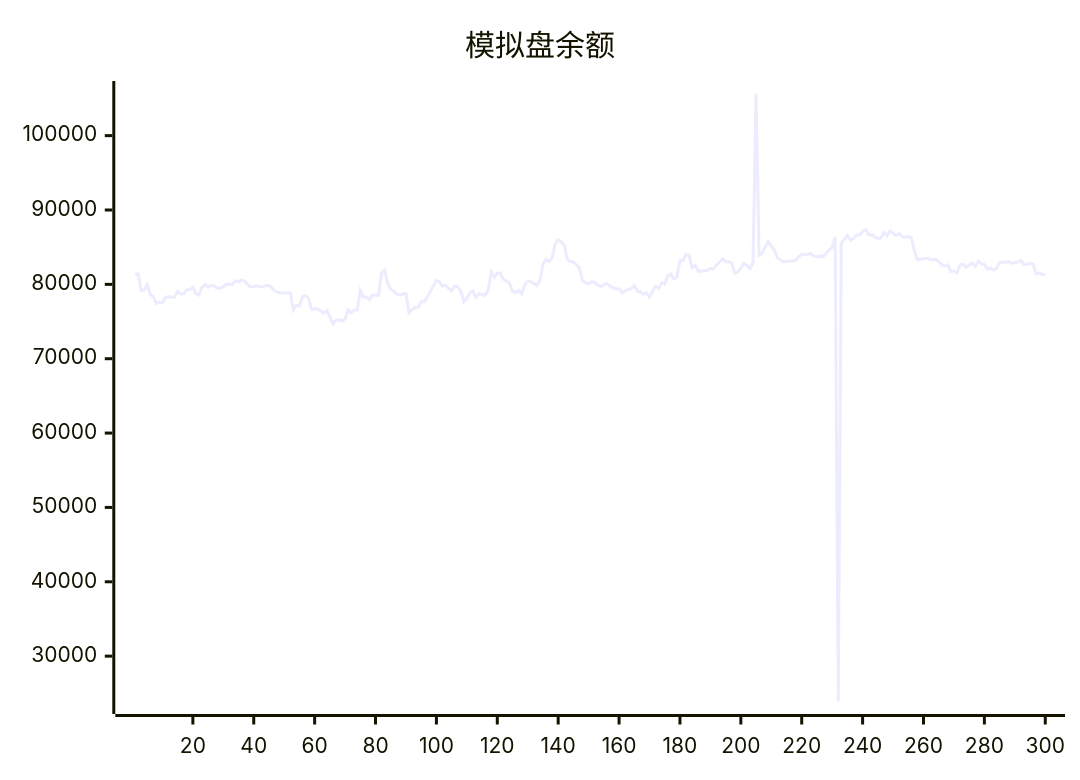
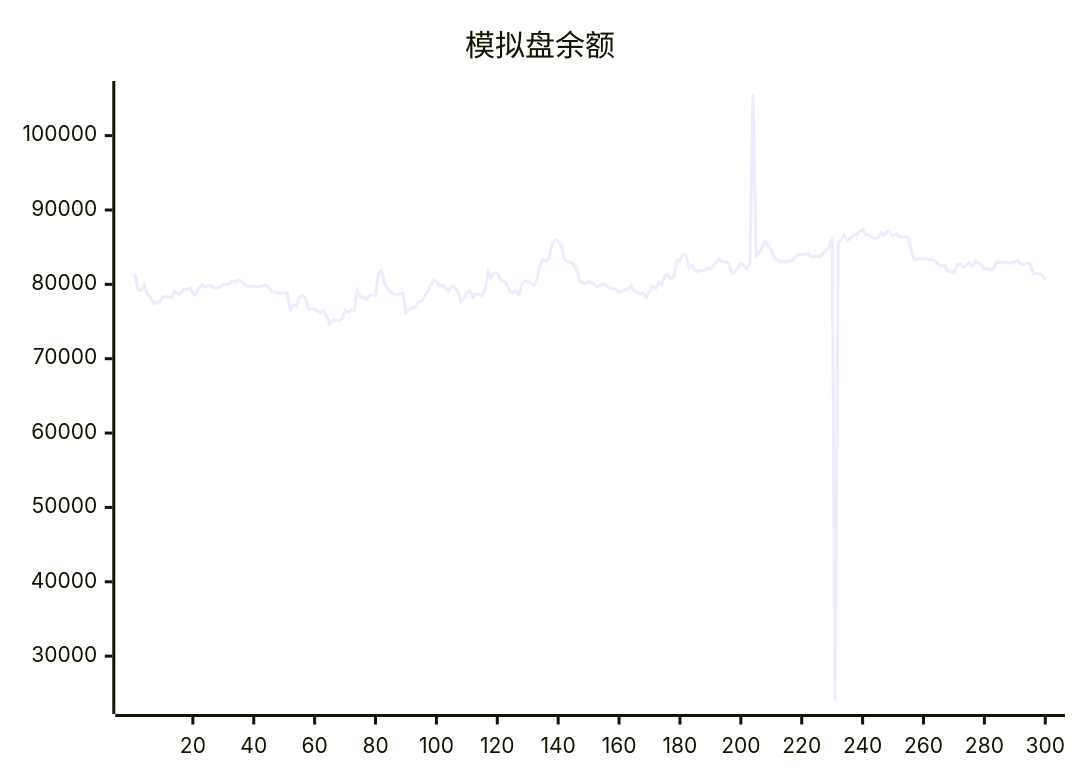
Before and after one commit to aahl/ai-trading: the diagram in README.md, drawn with Mermaid. The commit also changed other lines of this file and 1 other file, not shown here.

````diff
--- a/README.md
+++ b/README.md
@@ -5,5 +5,5 @@
 ```mermaid
 xychart
     title "模拟盘余额"
-    line [81290,81429,79212,79222,79940,78643,78380,77432,77623,77504,78235,78358,78284,78277,79048,78714,78714,79290,79308,79567,78763,78563,79603,79988,79652,79813,79813,79476,79469,79673,79995,80015,80015,80486,80314,80600,80436,79966,79689,79689,79819,79692,79692,79850,79850,79518,79071,78889,78850,78850,78878,78878,76554,77202,77103,78357,78510,78106,76678,76677,76672,76411,76159,76485,75656,74695,75197,75246,75052,75334,76564,76179,76553,76551,79196,78300,78300,77944,78531,78531,78521,81564,81884,80160,79335,79055,78675,78580,78708,78764,76179,76586,76902,76876,77658,77669,78346,79023,79769,80497,80366,79761,79896,79448,79126,79749,79658,79097,77695,78114,78888,79126,78249,78738,78653,78478,79271,81680,80923,81488,81527,80681,80455,80190,79084,78879,79193,78686,79954,80403,80374,80118,79848,80491,82665,83351,83098,83525,85430,85983,85737,85221,83378,83014,83043,82613,82216,80477,80208,80081,80348,80277,79894,79670,79965,80093,79786,79542,79406,79371,78893,79087,79304,79406,79841,79072,78978,78696,78846,78272,79085,79787,79442,80198,80031,81120,81379,80718,80985,83214,83212,83993,83921,82270,82547,81776,81776,81866,81866,82158,82061,82596,83000,83408,83041,83050,82858,81503,81691,82188,82812,82517,82092,82901,105633,83898,84180,85030,85781,85178,84604,83569,83298,83008,83093,83107,83175,83228,83729,84025,84017,84019,84177,83775,83762,83785,83738,84160,84639,84939,86370,23934,85548,86046,86599,85942,86161,86622,86664,87115,87369,86666,86685,86384,86152,86243,86969,86548,87164,86885,86566,86809,86427,86348,86417,86273,84538,83299,83369,83430,83490,83404,83270,83362,83056,82605,82459,82614,81734,81788,81551,82598,82702,82320,82580,82878,82426,83139,82778,82686,82056,82166,81963,82110,82951,82983,82984,83038,82838,82915,82998,83235,82642,82682,82858,82746,81396,81512,81362,81277]
+    line [81429,79212,79222,79940,78643,78380,77432,77623,77504,78235,78358,78284,78277,79048,78714,78714,79290,79308,79567,78763,78563,79603,79988,79652,79813,79813,79476,79469,79673,79995,80015,80015,80486,80314,80600,80436,79966,79689,79689,79819,79692,79692,79850,79850,79518,79071,78889,78850,78850,78878,78878,76554,77202,77103,78357,78510,78106,76678,76677,76672,76411,76159,76485,75656,74695,75197,75246,75052,75334,76564,76179,76553,76551,79196,78300,78300,77944,78531,78531,78521,81564,81884,80160,79335,79055,78675,78580,78708,78764,76179,76586,76902,76876,77658,77669,78346,79023,79769,80497,80366,79761,79896,79448,79126,79749,79658,79097,77695,78114,78888,79126,78249,78738,78653,78478,79271,81680,80923,81488,81527,80681,80455,80190,79084,78879,79193,78686,79954,80403,80374,80118,79848,80491,82665,83351,83098,83525,85430,85983,85737,85221,83378,83014,83043,82613,82216,80477,80208,80081,80348,80277,79894,79670,79965,80093,79786,79542,79406,79371,78893,79087,79304,79406,79841,79072,78978,78696,78846,78272,79085,79787,79442,80198,80031,81120,81379,80718,80985,83214,83212,83993,83921,82270,82547,81776,81776,81866,81866,82158,82061,82596,83000,83408,83041,83050,82858,81503,81691,82188,82812,82517,82092,82901,105633,83898,84180,85030,85781,85178,84604,83569,83298,83008,83093,83107,83175,83228,83729,84025,84017,84019,84177,83775,83762,83785,83738,84160,84639,84939,86370,23934,85548,86046,86599,85942,86161,86622,86664,87115,87369,86666,86685,86384,86152,86243,86969,86548,87164,86885,86566,86809,86427,86348,86417,86273,84538,83299,83369,83430,83490,83404,83270,83362,83056,82605,82459,82614,81734,81788,81551,82598,82702,82320,82580,82878,82426,83139,82778,82686,82056,82166,81963,82110,82951,82983,82984,83038,82838,82915,82998,83235,82642,82682,82858,82746,81396,81512,81362,81277,80600]
 ```
````
